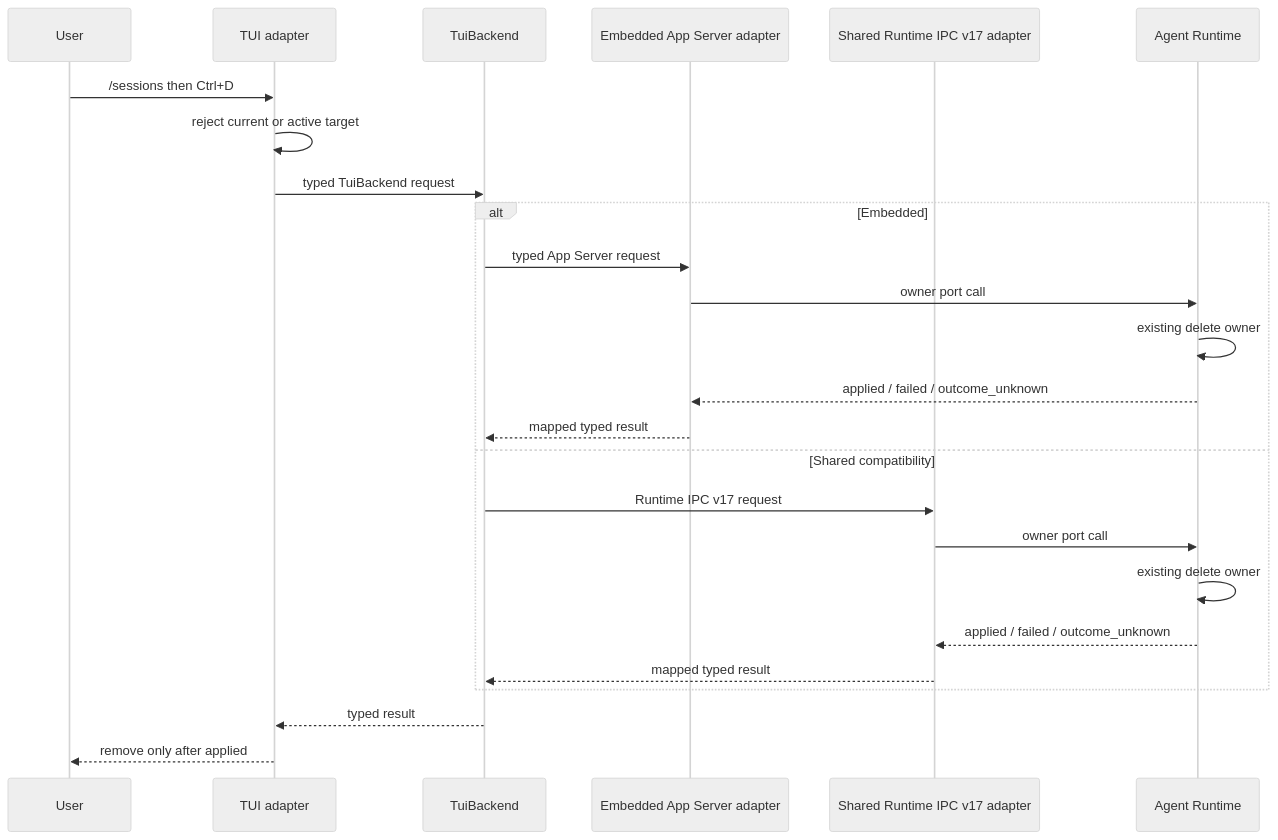
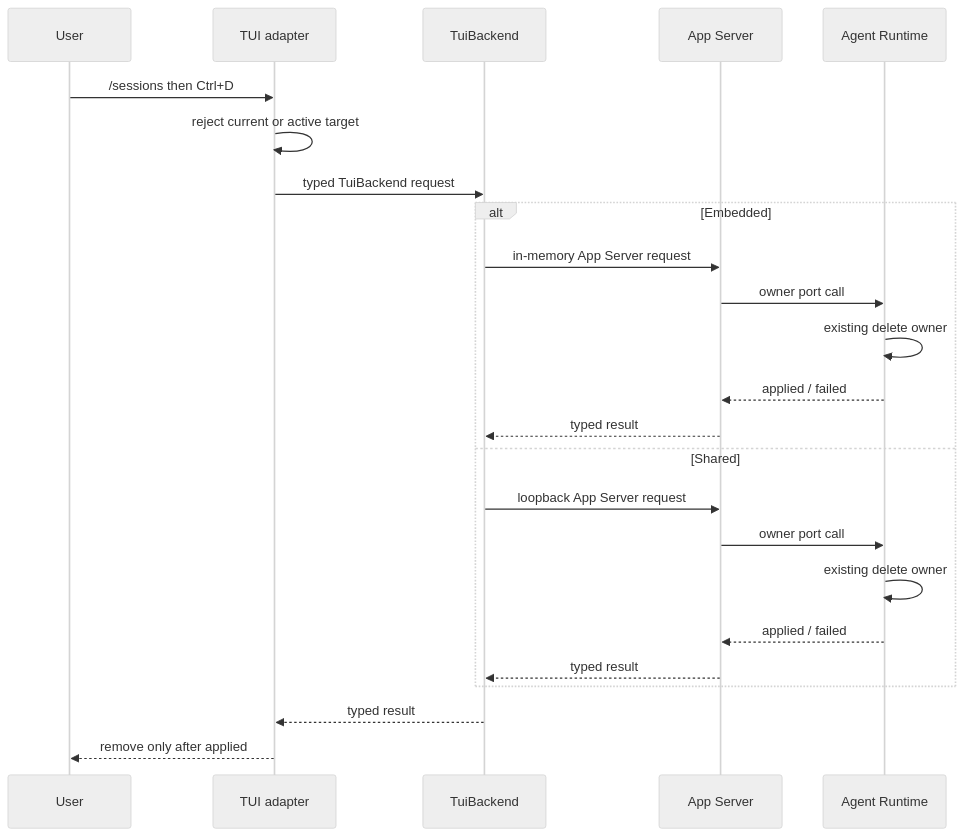
One commit to GCWing/BitFun changed diagram 15 of 15 in docs/architecture/agent-runtime-deployment-design.md. Above: the diagram before and after it, drawn with Mermaid (neutral theme). The commit also changed other lines of this file and 87 other files, not shown here.

Commit message:
feat(app-server): add sharedv2 command

````diff
--- a/docs/architecture/agent-runtime-deployment-design.md
+++ b/docs/architecture/agent-runtime-deployment-design.md
@@ -435,28 +401,27 @@
 ```mermaid
 sequenceDiagram
   participant U as User
   participant T as TUI adapter
   participant B as TuiBackend
-  participant E as Embedded App Server adapter
-  participant S as Shared Runtime IPC v17 adapter
+  participant A as App Server
   participant R as Agent Runtime
 
   U->>T: /sessions then Ctrl+D
   T->>T: reject current or active target
   T->>B: typed TuiBackend request
   alt Embedded
-    B->>E: typed App Server request
-    E->>R: owner port call
+    B->>A: in-memory App Server request
+    A->>R: owner port call
     R->>R: existing delete owner
-    R-->>E: applied / failed / outcome_unknown
-    E-->>B: mapped typed result
-  else Shared compatibility
-    B->>S: Runtime IPC v17 request
-    S->>R: owner port call
+    R-->>A: applied / failed
+    A-->>B: typed result
+  else Shared
+    B->>A: loopback App Server request
+    A->>R: owner port call
     R->>R: existing delete owner
-    R-->>S: applied / failed / outcome_unknown
-    S-->>B: mapped typed result
+    R-->>A: applied / failed
+    A-->>B: typed result
   end
   B-->>T: typed result
   T-->>U: remove only after applied
 ```
````
